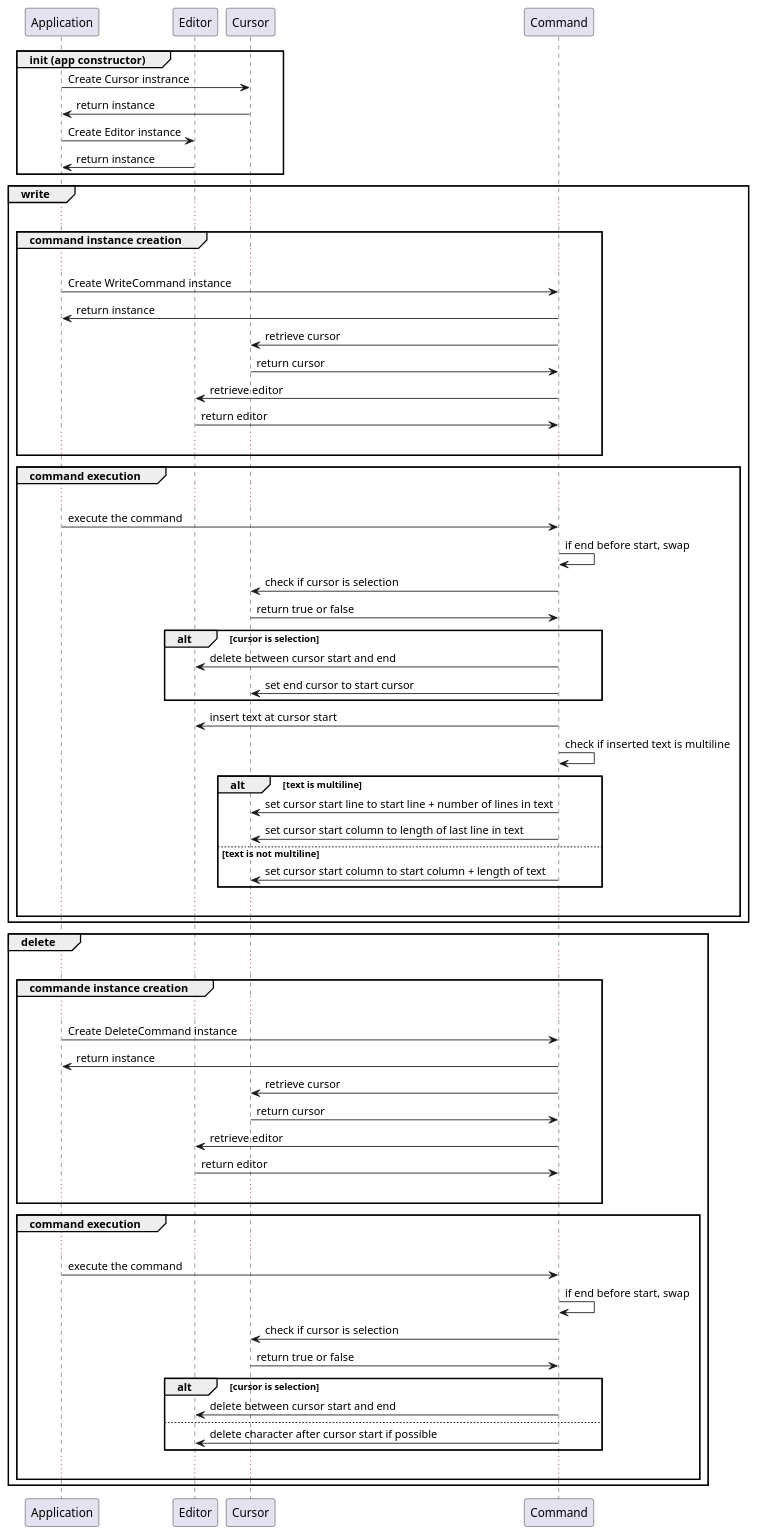
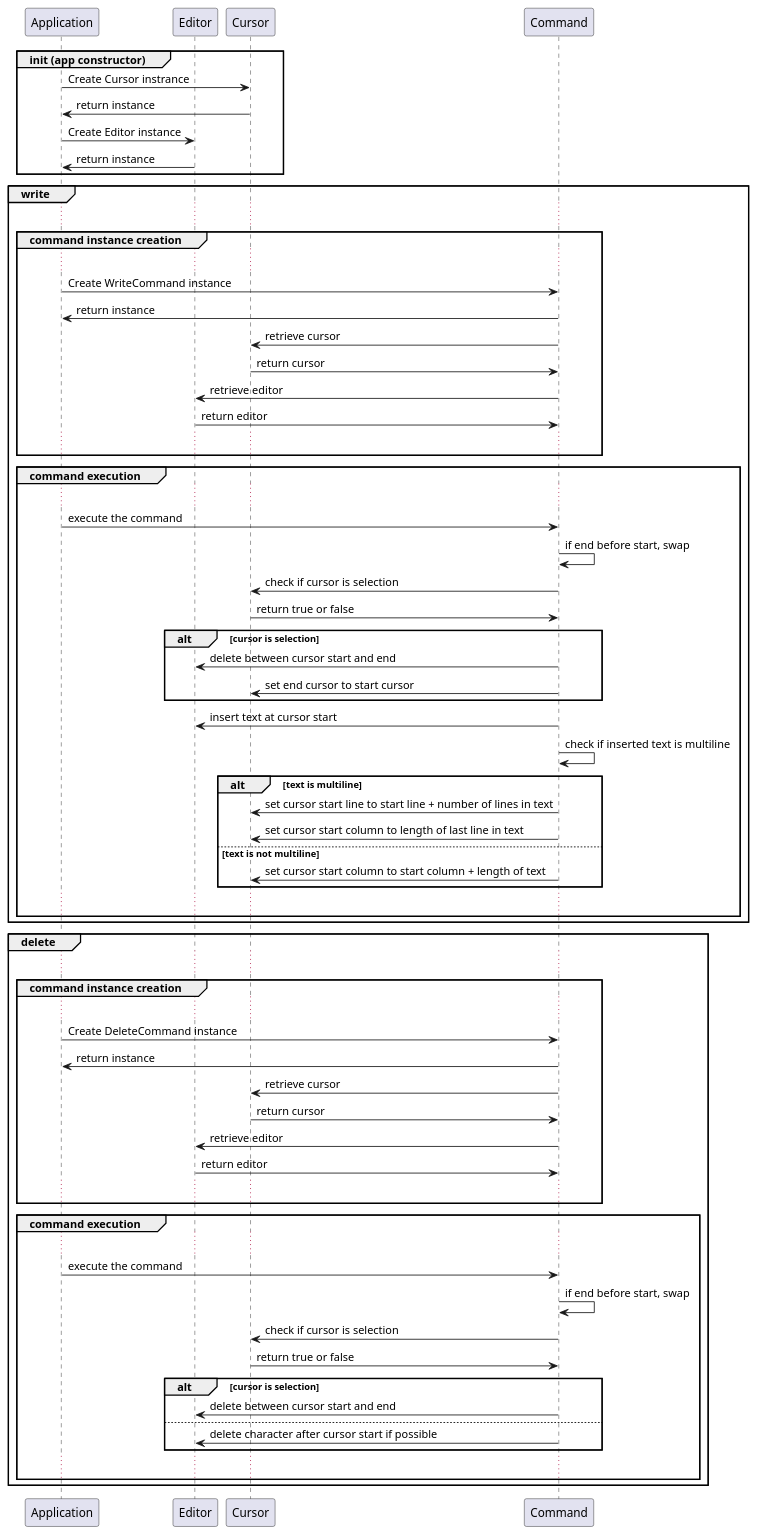
One commit to CodyAdam/another-useless-text-editor changed the second of 9 diagrams in README.md. Above: the diagram before and after it, drawn with PlantUML. The commit also changed other lines of this file, not shown here.

````diff
--- a/README.md
+++ b/README.md
@@ -271,76 +271,76 @@
 ```plantuml
 @startuml
 
 participant Application as app
 participant Editor as edit
 participant Cursor as cur
 participant Command as com
 
 group init (app constructor)
     app -> cur: Create Cursor instrance
     cur -> app: return instance
     app -> edit: Create Editor instance
     edit -> app: return instance
 end
 
 group write
 ...
     group command instance creation 
     ...
         app -> com: Create WriteCommand instance
         com -> app: return instance
         com -> cur: retrieve cursor
         cur -> com: return cursor
         com -> edit: retrieve editor
         edit -> com: return editor
     ...
     end
     group command execution
     ...
         app -> com: execute the command
         com -> com: if end before start, swap
         com -> cur: check if cursor is selection
         cur -> com: return true or false
         alt cursor is selection
             com -> edit: delete between cursor start and end
             com -> cur: set end cursor to start cursor
         end
         com -> edit: insert text at cursor start
         com -> com: check if inserted text is multiline
         alt text is multiline
             com -> cur: set cursor start line to start line + number of lines in text
             com -> cur: set cursor start column to length of last line in text
         else text is not multiline
             com -> cur: set cursor start column to start column + length of text
         end
     ...
     end
 end
 group delete
 ...
-    group commande instance creation
+    group command instance creation
     ...
         app -> com: Create DeleteCommand instance
         com -> app: return instance
         com -> cur: retrieve cursor
         cur -> com: return cursor
         com -> edit: retrieve editor
         edit -> com: return editor
     ...
     end
     group command execution
     ...
         app -> com: execute the command
         com -> com: if end before start, swap
         com -> cur: check if cursor is selection
         cur -> com: return true or false
         alt cursor is selection
             com -> edit: delete between cursor start and end
         else
             com -> edit: delete character after cursor start if possible
         end
     ...
     end
 end
 @enduml
 ```
````
